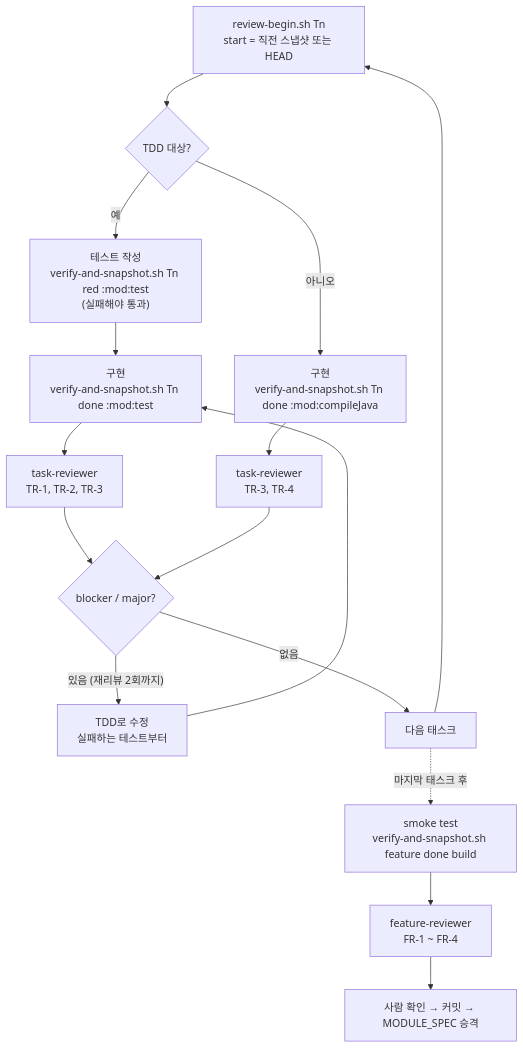
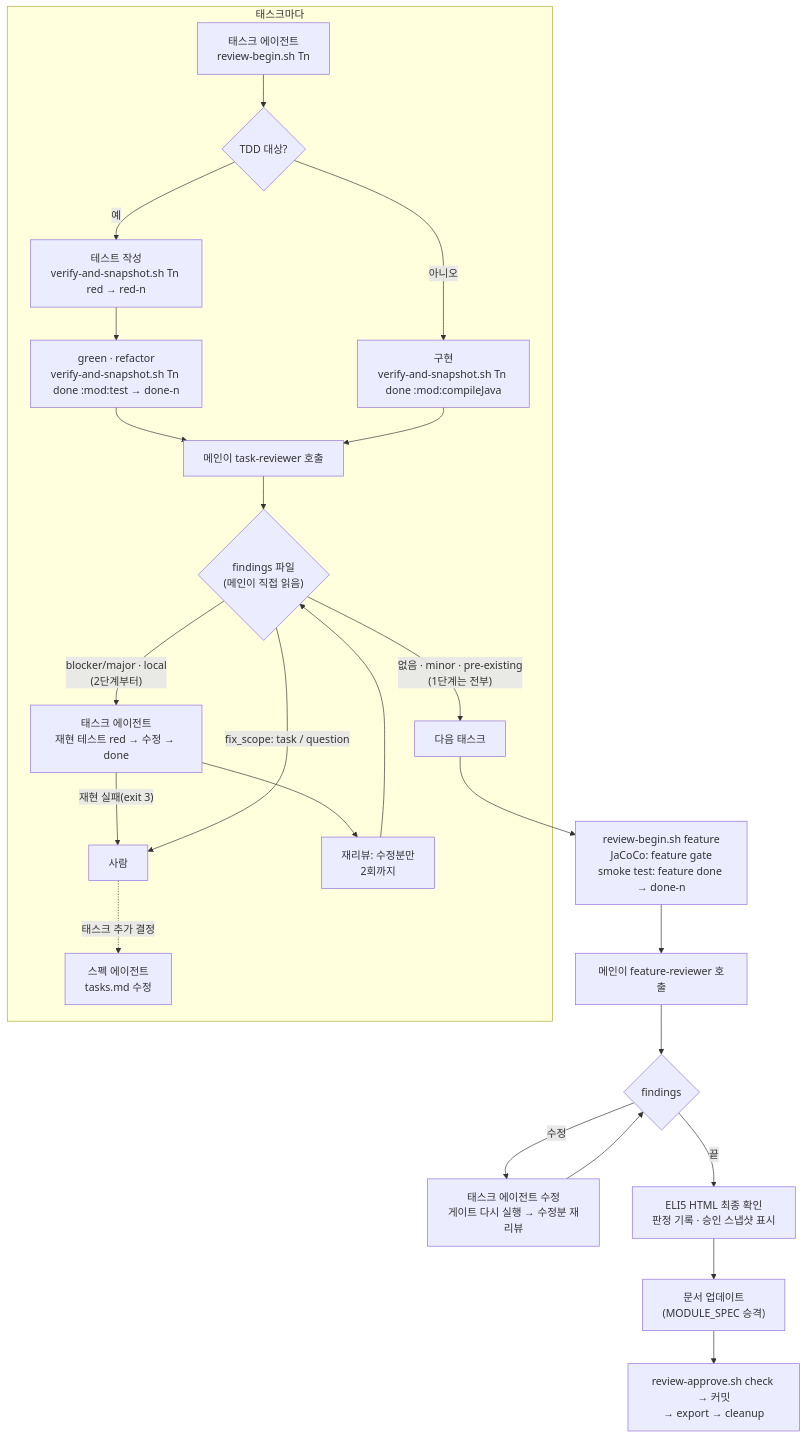
One commit to libedi/docs changed the diagram in ai-development/2026-11-agent-code-review-stage.md. Above: the diagram before and after it, drawn with Mermaid. The commit also changed other lines of this file and 20 other files, not shown here.

````diff
--- a/ai-development/2026-11-agent-code-review-stage.md
+++ b/ai-development/2026-11-agent-code-review-stage.md
@@ -72,17 +105,27 @@
 ```mermaid
 flowchart TD
-    B["review-begin.sh Tn<br/>start = 직전 스냅샷 또는 HEAD"] --> K{TDD 대상?}
-    K -- 예 --> R["테스트 작성<br/>verify-and-snapshot.sh Tn red :mod:test<br/>(실패해야 통과)"]
-    R --> I["구현<br/>verify-and-snapshot.sh Tn done :mod:test"]
-    K -- 아니오 --> C["구현<br/>verify-and-snapshot.sh Tn done :mod:compileJava"]
-    I --> TR["task-reviewer<br/>TR-1, TR-2, TR-3"]
-    C --> TR2["task-reviewer<br/>TR-3, TR-4"]
-    TR --> F{"blocker / major?"}
-    TR2 --> F
-    F -- "있음 (재리뷰 2회까지)" --> FIX["TDD로 수정<br/>실패하는 테스트부터"] --> I
-    F -- 없음 --> N[다음 태스크]
-    N --> B
-    N -. 마지막 태스크 후 .-> S["smoke test<br/>verify-and-snapshot.sh feature done build"]
-    S --> FR["feature-reviewer<br/>FR-1 ~ FR-4"]
-    FR --> H["사람 확인 → 커밋 → MODULE_SPEC 승격"]
+    subgraph TASK["태스크마다"]
+        B["태스크 에이전트<br/>review-begin.sh Tn"] --> K{TDD 대상?}
+        K -- 예 --> R["테스트 작성<br/>verify-and-snapshot.sh Tn red → red-n"]
+        R --> I["green · refactor<br/>verify-and-snapshot.sh Tn done :mod:test → done-n"]
+        K -- 아니오 --> C["구현<br/>verify-and-snapshot.sh Tn done :mod:compileJava"]
+        I --> TR["메인이 task-reviewer 호출"]
+        C --> TR
+        TR --> F{"findings 파일<br/>(메인이 직접 읽음)"}
+        F -- "blocker/major · local<br/>(2단계부터)" --> FIX["태스크 에이전트<br/>재현 테스트 red → 수정 → done"]
+        FIX -- "재현 실패(exit 3)" --> H["사람"]
+        FIX --> RR["재리뷰: 수정분만<br/>2회까지"]
+        RR --> F
+        F -- "fix_scope: task / question" --> H
+        H -. "태스크 추가 결정" .-> SP["스펙 에이전트<br/>tasks.md 수정"]
+        F -- "없음 · minor · pre-existing<br/>(1단계는 전부)" --> N["다음 태스크"]
+    end
+    N --> G["review-begin.sh feature<br/>JaCoCo: feature gate<br/>smoke test: feature done → done-n"]
+    G --> FR["메인이 feature-reviewer 호출"]
+    FR --> FF{findings}
+    FF -- 수정 --> FX["태스크 에이전트 수정<br/>게이트 다시 실행 → 수정분 재리뷰"]
+    FX --> FF
+    FF -- "끝" --> HTML["ELI5 HTML 최종 확인<br/>판정 기록 · 승인 스냅샷 표시"]
+    HTML --> DOC["문서 업데이트<br/>(MODULE_SPEC 승격)"]
+    DOC --> CM["review-approve.sh check → 커밋<br/>→ export → cleanup"]
 ```
````
